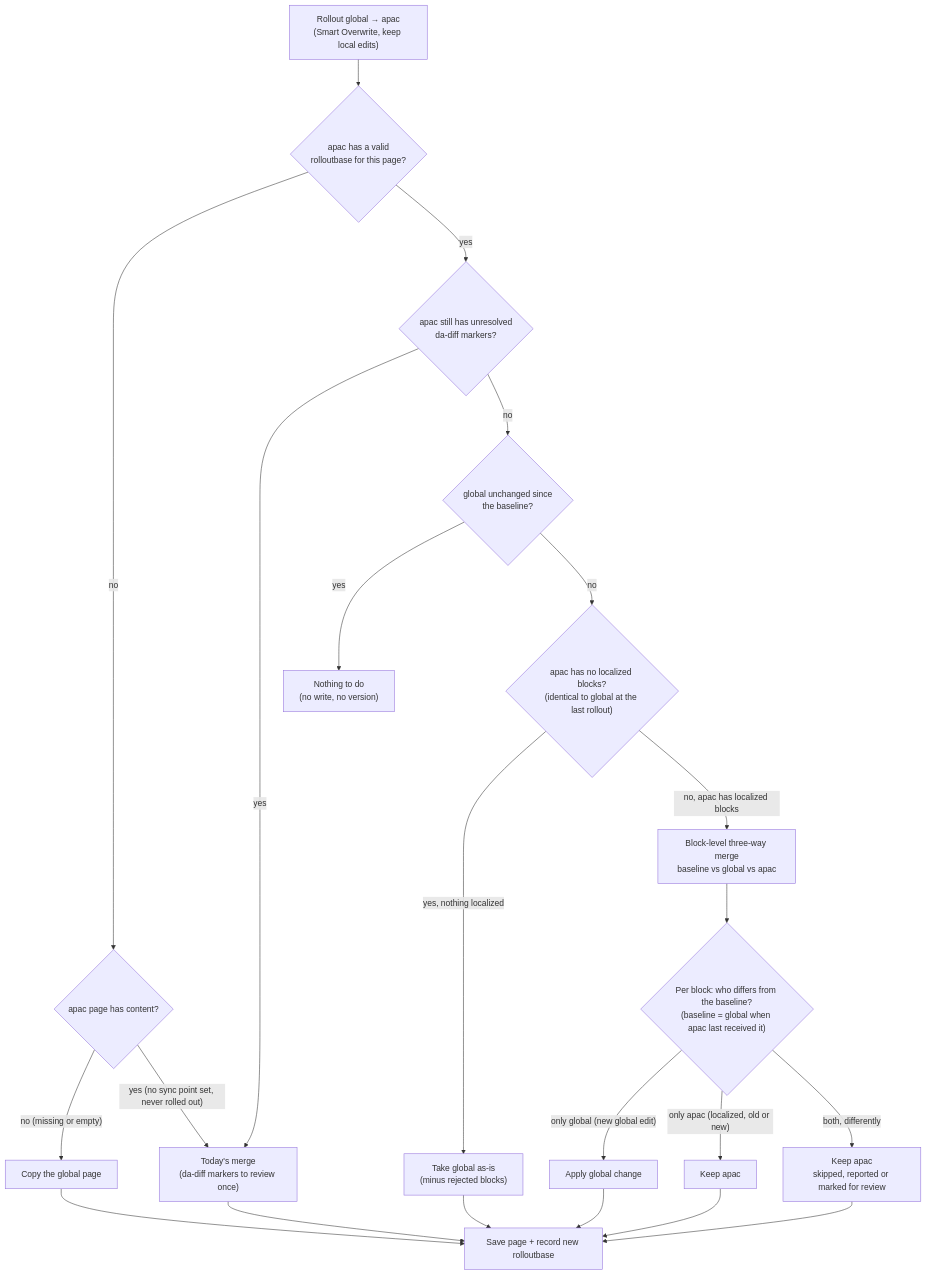
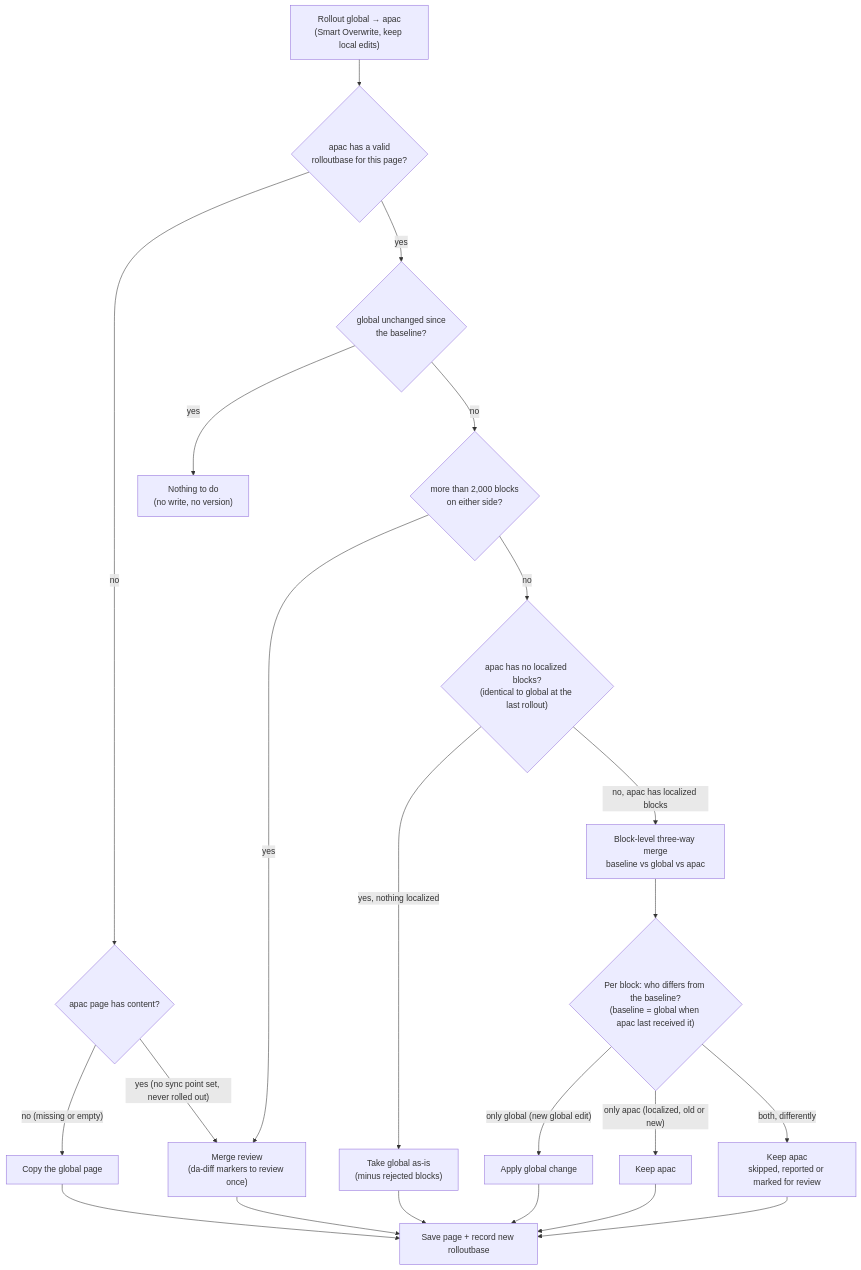
The diagram in docs/rollout-smart-overwrite.md (adobe/da-nx), drawn with Mermaid before and after one commit. The commit also changed other lines of this file and 9 other files, not shown here.

Commit message:
refactor(loc): remove unreachable no-sync-point reporting and update loc docs for da-merge

````diff
--- a/docs/rollout-smart-overwrite.md
+++ b/docs/rollout-smart-overwrite.md
@@ -26,24 +26,24 @@
 ```mermaid
 flowchart TD
   start["Rollout global → apac<br/>(Smart Overwrite, keep local edits)"] --> base{"apac has a valid<br/>rolloutbase for this page?"}
   base -- "no" --> exists{"apac page has content?"}
   exists -- "no (missing or empty)" --> copy["Copy the global page"]
-  exists -- "yes (no sync point set, never rolled out)" --> merge["Today's merge<br/>(da-diff markers to review once)"]
-  base -- "yes" --> pending{"apac still has unresolved<br/>da-diff markers?"}
-  pending -- "yes" --> merge
-  pending -- "no" --> same{"global unchanged since<br/>the baseline?"}
+  exists -- "yes (no sync point set, never rolled out)" --> merge["Merge review<br/>(da-diff markers to review once)"]
+  base -- "yes" --> same{"global unchanged since<br/>the baseline?"}
   same -- "yes" --> nothing["Nothing to do<br/>(no write, no version)"]
-  same -- "no" --> unchanged{"apac has no localized blocks?<br/>(identical to global at the last rollout)"}
+  same -- "no" --> large{"more than 2,000 blocks<br/>on either side?"}
+  large -- "yes" --> merge
+  large -- "no" --> unchanged{"apac has no localized blocks?<br/>(identical to global at the last rollout)"}
   unchanged -- "yes, nothing localized" --> take["Take global as-is<br/>(minus rejected blocks)"]
   unchanged -- "no, apac has localized blocks" --> diff3["Block-level three-way merge<br/>baseline vs global vs apac"]
   diff3 --> who{"Per block: who differs from the baseline?<br/>(baseline = global when apac last received it)"}
   who -- "only global (new global edit)" --> apply["Apply global change"]
   who -- "only apac (localized, old or new)" --> keep["Keep apac"]
   who -- "both, differently" --> skip["Keep apac<br/>skipped, reported or marked for review"]
   copy --> save["Save page + record new rolloutbase"]
   merge --> save
   take --> save
   apply --> save
   keep --> save
   skip --> save
 ```
````
